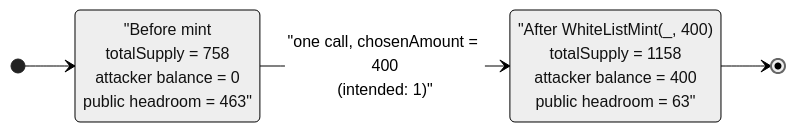
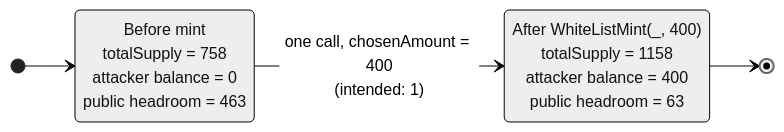
The third of 3 diagrams in 2022-09-BadGuysbyRPF_exp/BadGuysbyRPF_exp.md (sanbir/evm-hack-registry), drawn with Mermaid (neutral theme) before and after one commit. The commit also changed other lines of this file and 280 other files, not shown here.

Commit message:
mermaid fixes

````diff
--- a/2022-09-BadGuysbyRPF_exp/BadGuysbyRPF_exp.md
+++ b/2022-09-BadGuysbyRPF_exp/BadGuysbyRPF_exp.md
@@ -292,9 +292,9 @@
 ```mermaid
 stateDiagram-v2
     direction LR
     [*] --> Before
-    Before: "Before mint<br/>totalSupply = 758<br/>attacker balance = 0<br/>public headroom = 463"
-    After: "After WhiteListMint(_, 400)<br/>totalSupply = 1158<br/>attacker balance = 400<br/>public headroom = 63"
-    Before --> After: "one call, chosenAmount = 400<br/>(intended: 1)"
+    Before: Before mint<br/>totalSupply = 758<br/>attacker balance = 0<br/>public headroom = 463
+    After: After WhiteListMint(_, 400)<br/>totalSupply = 1158<br/>attacker balance = 400<br/>public headroom = 63
+    Before --> After: one call, chosenAmount = 400<br/>(intended#58; 1)
     After --> [*]
 ```
````
